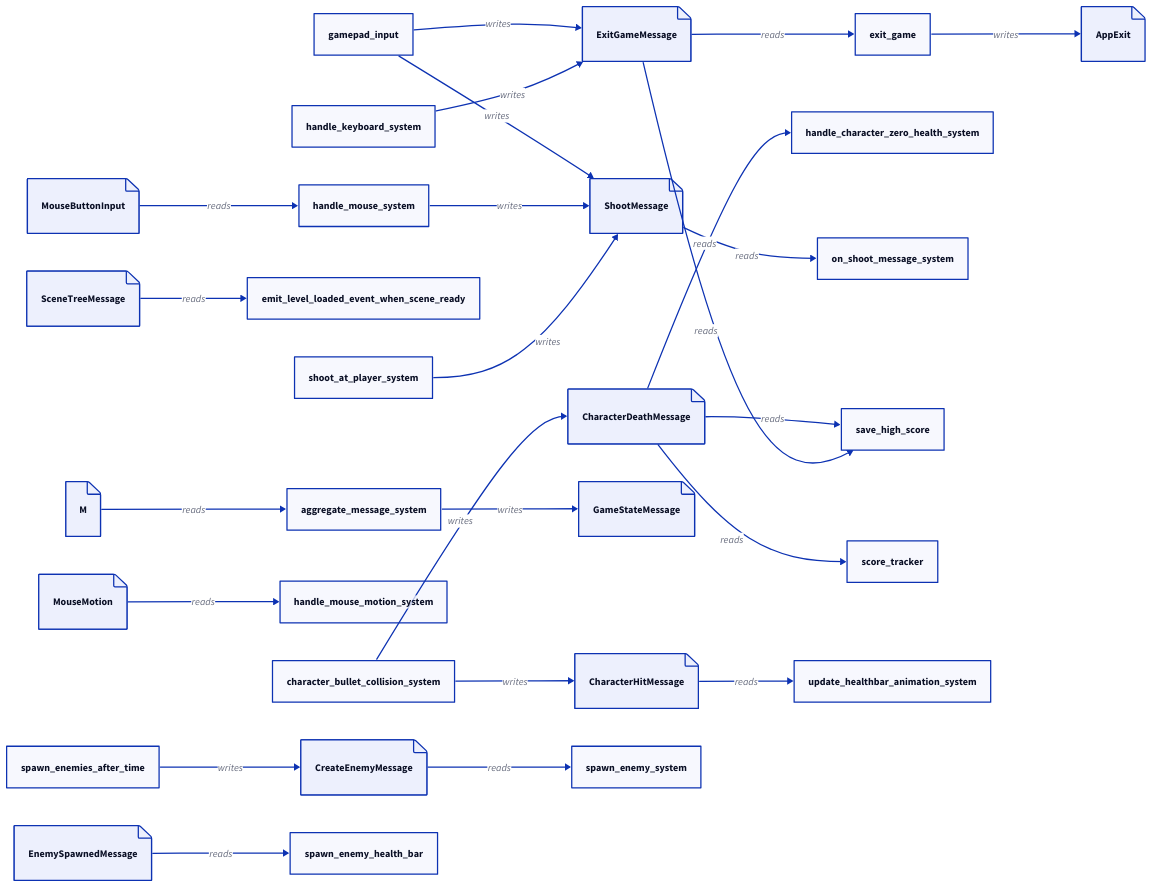
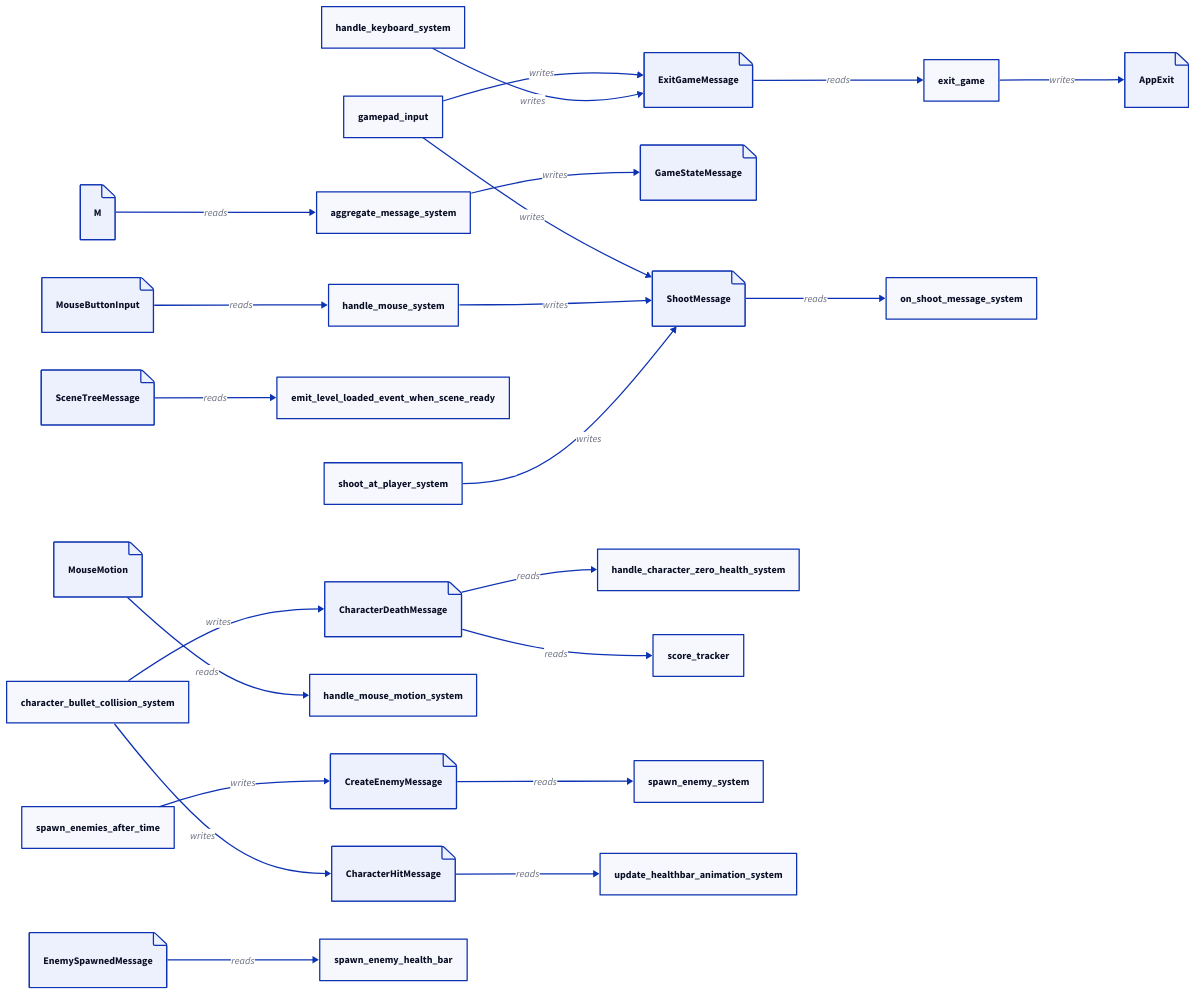
The diagram in docs/messages.d2 (edizeqiri/BulletsOnWheels), drawn with D2 before and after one commit. The commit also changed 5 other files, not shown here.

Commit message:
chore: regenerate architecture diagrams

```diff
--- a/docs/messages.d2
+++ b/docs/messages.d2
@@ -1,56 +1,53 @@
 direction: right
 
 "AppExit": { shape: page }
 "CharacterDeathMessage": { shape: page }
 "CharacterHitMessage": { shape: page }
 "CreateEnemyMessage": { shape: page }
 "EnemySpawnedMessage": { shape: page }
 "ExitGameMessage": { shape: page }
 "GameStateMessage": { shape: page }
 "M": { shape: page }
 "MouseButtonInput": { shape: page }
 "MouseMotion": { shape: page }
 "SceneTreeMessage": { shape: page }
 "ShootMessage": { shape: page }
 
 "aggregate_message_system": { shape: rectangle }
 "character_bullet_collision_system": { shape: rectangle }
 "emit_level_loaded_event_when_scene_ready": { shape: rectangle }
 "exit_game": { shape: rectangle }
 "gamepad_input": { shape: rectangle }
 "handle_character_zero_health_system": { shape: rectangle }
 "handle_keyboard_system": { shape: rectangle }
 "handle_mouse_motion_system": { shape: rectangle }
 "handle_mouse_system": { shape: rectangle }
 "on_shoot_message_system": { shape: rectangle }
-"save_high_score": { shape: rectangle }
 "score_tracker": { shape: rectangle }
 "shoot_at_player_system": { shape: rectangle }
 "spawn_enemies_after_time": { shape: rectangle }
 "spawn_enemy_health_bar": { shape: rectangle }
 "spawn_enemy_system": { shape: rectangle }
 "update_healthbar_animation_system": { shape: rectangle }
 
 "M" -> "aggregate_message_system": reads
 "aggregate_message_system" -> "GameStateMessage": writes
 "character_bullet_collision_system" -> "CharacterDeathMessage": writes
 "character_bullet_collision_system" -> "CharacterHitMessage": writes
 "SceneTreeMessage" -> "emit_level_loaded_event_when_scene_ready": reads
 "ExitGameMessage" -> "exit_game": reads
 "exit_game" -> "AppExit": writes
 "gamepad_input" -> "ExitGameMessage": writes
 "gamepad_input" -> "ShootMessage": writes
 "CharacterDeathMessage" -> "handle_character_zero_health_system": reads
 "handle_keyboard_system" -> "ExitGameMessage": writes
 "MouseMotion" -> "handle_mouse_motion_system": reads
 "MouseButtonInput" -> "handle_mouse_system": reads
 "handle_mouse_system" -> "ShootMessage": writes
 "ShootMessage" -> "on_shoot_message_system": reads
-"CharacterDeathMessage" -> "save_high_score": reads
-"ExitGameMessage" -> "save_high_score": reads
 "CharacterDeathMessage" -> "score_tracker": reads
 "shoot_at_player_system" -> "ShootMessage": writes
 "spawn_enemies_after_time" -> "CreateEnemyMessage": writes
 "EnemySpawnedMessage" -> "spawn_enemy_health_bar": reads
 "CreateEnemyMessage" -> "spawn_enemy_system": reads
 "CharacterHitMessage" -> "update_healthbar_animation_system": reads
```
